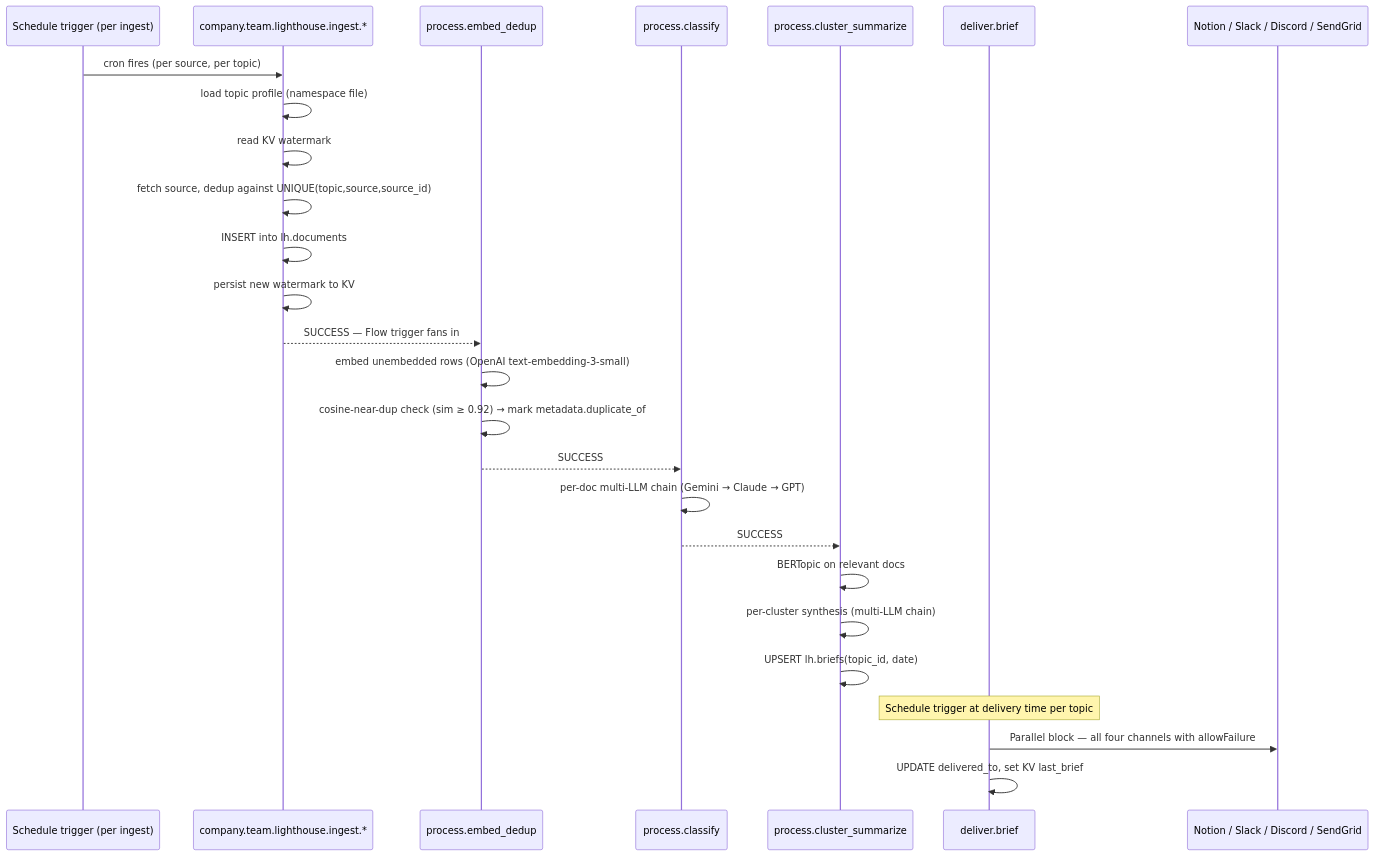
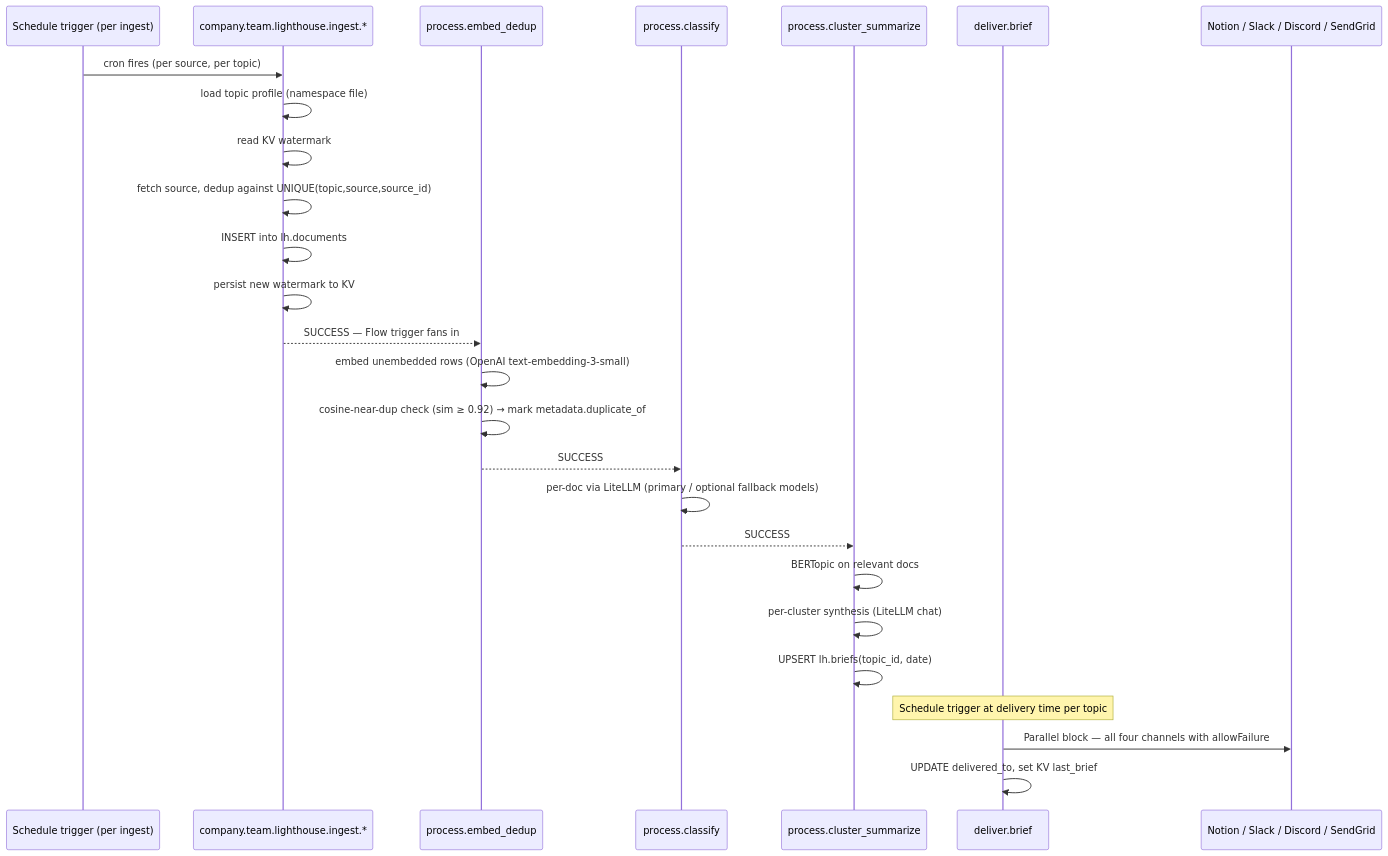
One commit to guglxni/lighthouse-kestra changed the first of 2 diagrams in ARCHITECTURE.md. Above: the diagram before and after it, drawn with Mermaid. The commit also changed other lines of this file and 10 other files, not shown here.

Commit message:
docs: add Graphify architecture mapping and polish lighthouse

````diff
--- a/ARCHITECTURE.md
+++ b/ARCHITECTURE.md
@@ -19,29 +19,29 @@
 ```mermaid
 sequenceDiagram
     participant Cron as Schedule trigger (per ingest)
     participant Ingest as company.team.lighthouse.ingest.*
     participant Embed as process.embed_dedup
     participant Classify as process.classify
     participant Cluster as process.cluster_summarize
     participant Deliver as deliver.brief
     participant Channels as Notion / Slack / Discord / SendGrid
 
     Cron->>Ingest: cron fires (per source, per topic)
     Ingest->>Ingest: load topic profile (namespace file)
     Ingest->>Ingest: read KV watermark
     Ingest->>Ingest: fetch source, dedup against UNIQUE(topic,source,source_id)
     Ingest->>Ingest: INSERT into lh.documents
     Ingest->>Ingest: persist new watermark to KV
     Ingest-->>Embed: SUCCESS — Flow trigger fans in
     Embed->>Embed: embed unembedded rows (OpenAI text-embedding-3-small)
     Embed->>Embed: cosine-near-dup check (sim ≥ 0.92) → mark metadata.duplicate_of
     Embed-->>Classify: SUCCESS
-    Classify->>Classify: per-doc multi-LLM chain (Gemini → Claude → GPT)
+    Classify->>Classify: per-doc via LiteLLM (primary / optional fallback models)
     Classify-->>Cluster: SUCCESS
     Cluster->>Cluster: BERTopic on relevant docs
-    Cluster->>Cluster: per-cluster synthesis (multi-LLM chain)
+    Cluster->>Cluster: per-cluster synthesis (LiteLLM chat)
     Cluster->>Cluster: UPSERT lh.briefs(topic_id, date)
     Note over Deliver: Schedule trigger at delivery time per topic
     Deliver->>Channels: Parallel block — all four channels with allowFailure
     Deliver->>Deliver: UPDATE delivered_to, set KV last_brief
 ```
````
